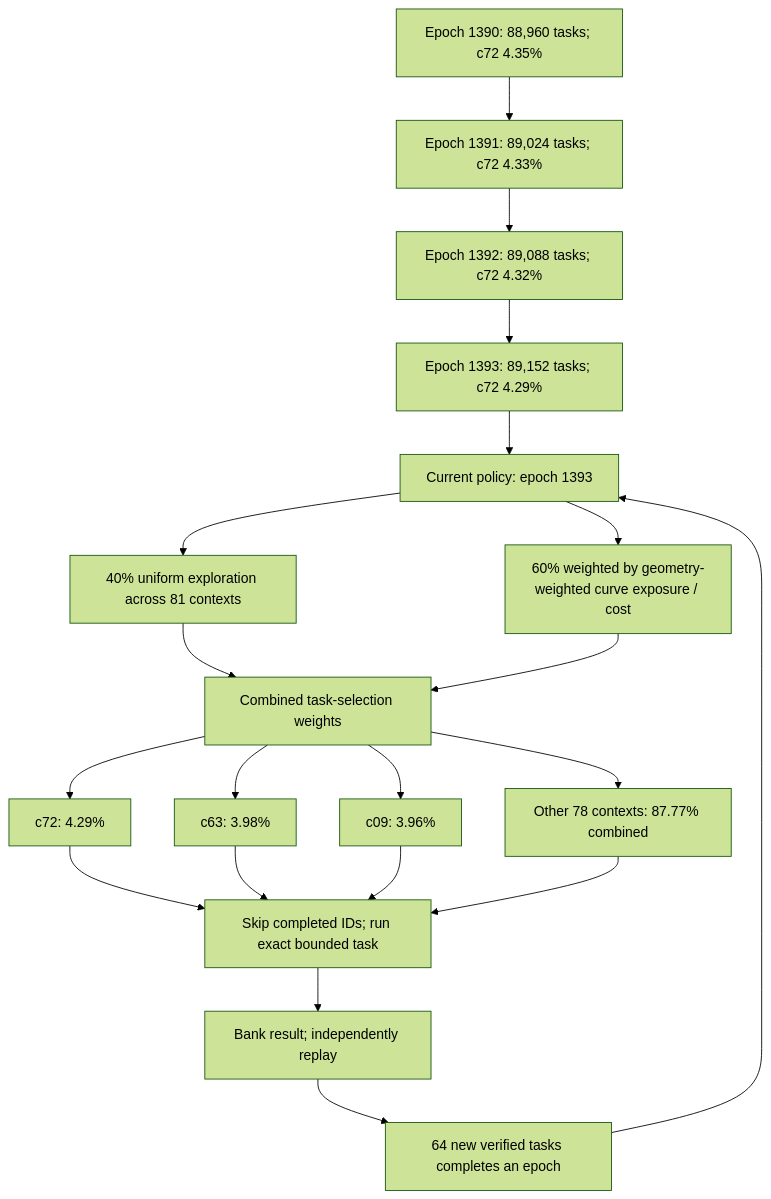
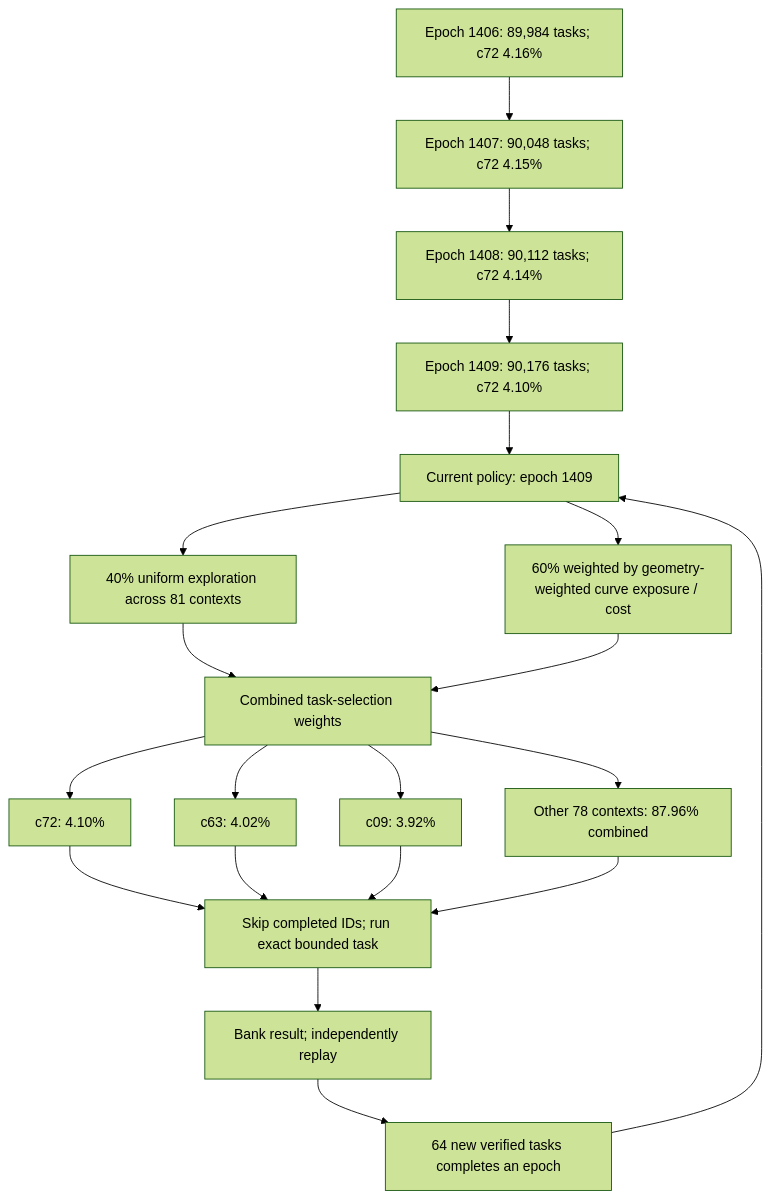
One commit to Kuberwastaken/math-gambling changed the first of 3 diagrams in README.md. Above: the diagram before and after it, drawn with Mermaid (forest theme). The commit also changed other lines of this file and 2135 other files, not shown here.

````diff
--- a/README.md
+++ b/README.md
@@ -56,27 +56,27 @@
 ```mermaid
 flowchart TD
-    H0["Epoch 1390: 88,960 tasks; c72 4.35%"]
-    H1["Epoch 1391: 89,024 tasks; c72 4.33%"]
+    H0["Epoch 1406: 89,984 tasks; c72 4.16%"]
+    H1["Epoch 1407: 90,048 tasks; c72 4.15%"]
     H0 --> H1
-    H2["Epoch 1392: 89,088 tasks; c72 4.32%"]
+    H2["Epoch 1408: 90,112 tasks; c72 4.14%"]
     H1 --> H2
-    H3["Epoch 1393: 89,152 tasks; c72 4.29%"]
+    H3["Epoch 1409: 90,176 tasks; c72 4.10%"]
     H2 --> H3
-    Policy["Current policy: epoch 1393"]
+    Policy["Current policy: epoch 1409"]
     H3 --> Policy
     Policy --> Explore["40% uniform exploration across 81 contexts"]
     Policy --> Cost["60% weighted by geometry-weighted curve exposure / cost"]
     Explore --> Mix["Combined task-selection weights"]
     Cost --> Mix
-    Mix --> C0["c72: 4.29%"]
-    Mix --> C1["c63: 3.98%"]
-    Mix --> C2["c09: 3.96%"]
-    Mix --> Rest["Other 78 contexts: 87.77% combined"]
+    Mix --> C0["c72: 4.10%"]
+    Mix --> C1["c63: 4.02%"]
+    Mix --> C2["c09: 3.92%"]
+    Mix --> Rest["Other 78 contexts: 87.96% combined"]
     C0 --> Check["Skip completed IDs; run exact bounded task"]
     C1 --> Check
     C2 --> Check
     Rest --> Check
     Check --> Replay["Bank result; independently replay"]
     Replay --> Gate["64 new verified tasks completes an epoch"]
     Gate --> Policy
 ```
````
